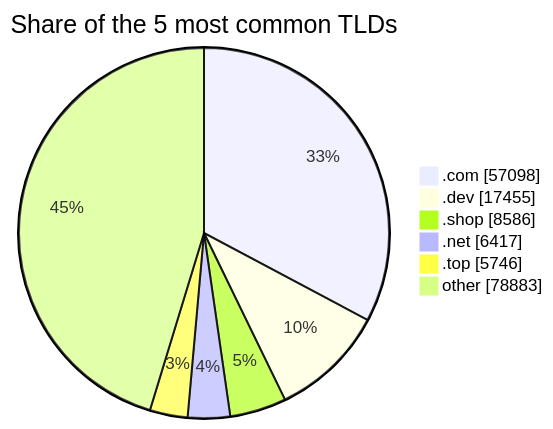
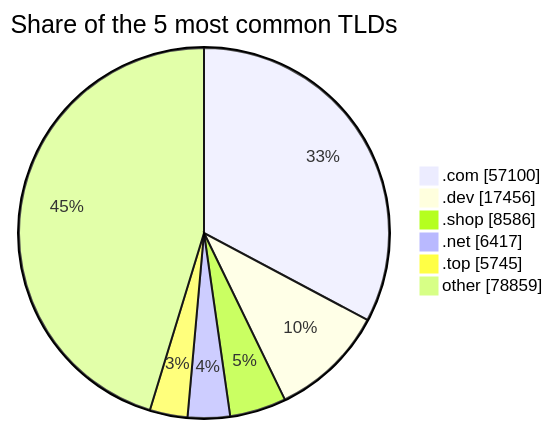
Before and after one commit to DNSBunker/CTI: the third of 3 diagrams in README.md, drawn with Mermaid. The commit also changed other lines of this file and 3 other files, not shown here.

````diff
--- a/README.md
+++ b/README.md
@@ -81,9 +81,9 @@
 ```mermaid
 pie showData title Share of the 5 most common TLDs
-    ".com" : 57098
-    ".dev" : 17455
+    ".com" : 57100
+    ".dev" : 17456
     ".shop" : 8586
     ".net" : 6417
-    ".top" : 5746
-    "other" : 78883
+    ".top" : 5745
+    "other" : 78859
 ```
````
